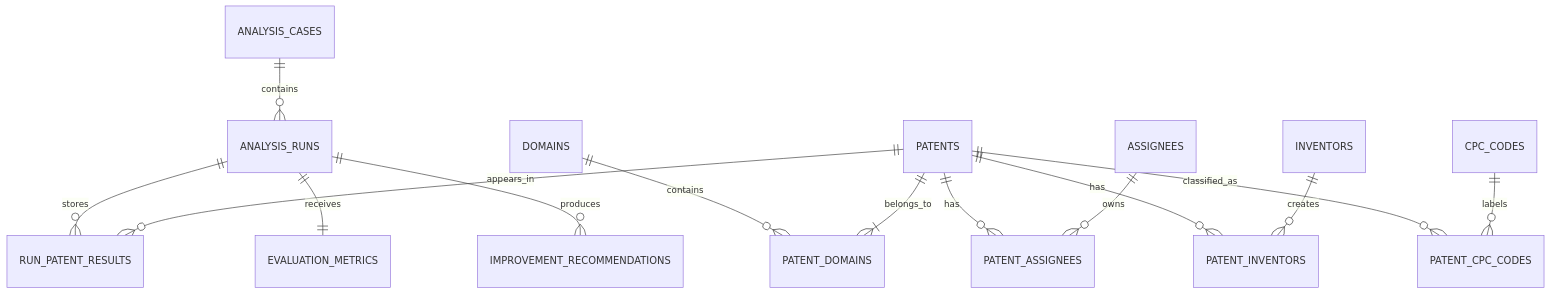
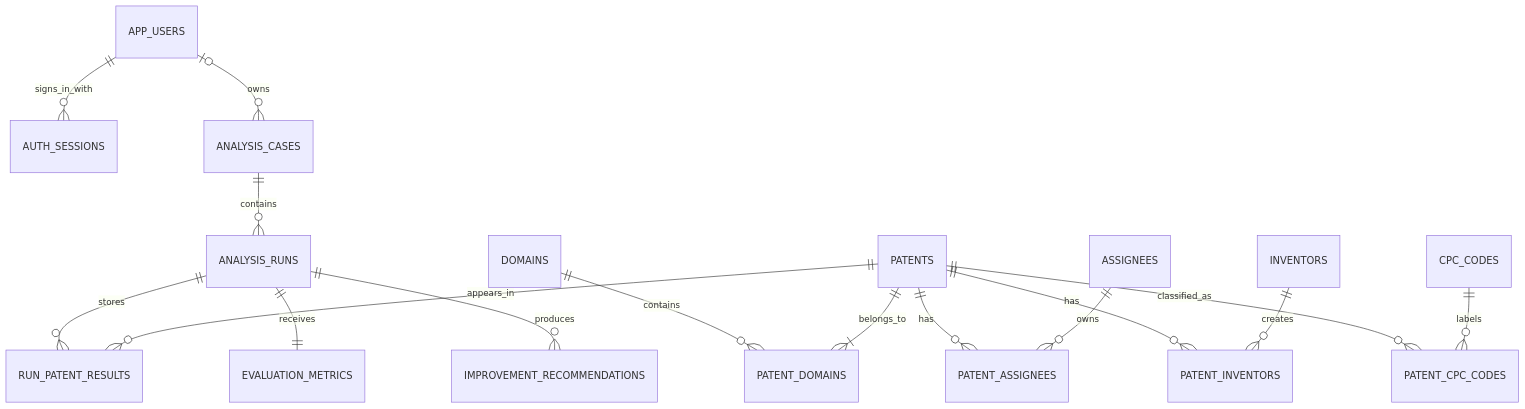
The diagram in docs/database/normalization.md (rahul-ez/patent-kg), drawn with Mermaid before and after one commit. The commit also changed other lines of this file and 57 other files, not shown here.

````diff
--- a/docs/database/normalization.md
+++ b/docs/database/normalization.md
@@ -5,16 +5,18 @@
 ```mermaid
 erDiagram
+  APP_USERS ||--o{ AUTH_SESSIONS : signs_in_with
+  APP_USERS o|--o{ ANALYSIS_CASES : owns
   DOMAINS ||--o{ PATENT_DOMAINS : contains
   PATENTS ||--|{ PATENT_DOMAINS : belongs_to
   PATENTS ||--o{ PATENT_ASSIGNEES : has
   ASSIGNEES ||--o{ PATENT_ASSIGNEES : owns
   PATENTS ||--o{ PATENT_INVENTORS : has
   INVENTORS ||--o{ PATENT_INVENTORS : creates
   PATENTS ||--o{ PATENT_CPC_CODES : classified_as
   CPC_CODES ||--o{ PATENT_CPC_CODES : labels
   ANALYSIS_CASES ||--o{ ANALYSIS_RUNS : contains
   ANALYSIS_RUNS ||--o{ RUN_PATENT_RESULTS : stores
   PATENTS ||--o{ RUN_PATENT_RESULTS : appears_in
   ANALYSIS_RUNS ||--|| EVALUATION_METRICS : receives
   ANALYSIS_RUNS ||--o{ IMPROVEMENT_RECOMMENDATIONS : produces
 ```
````
